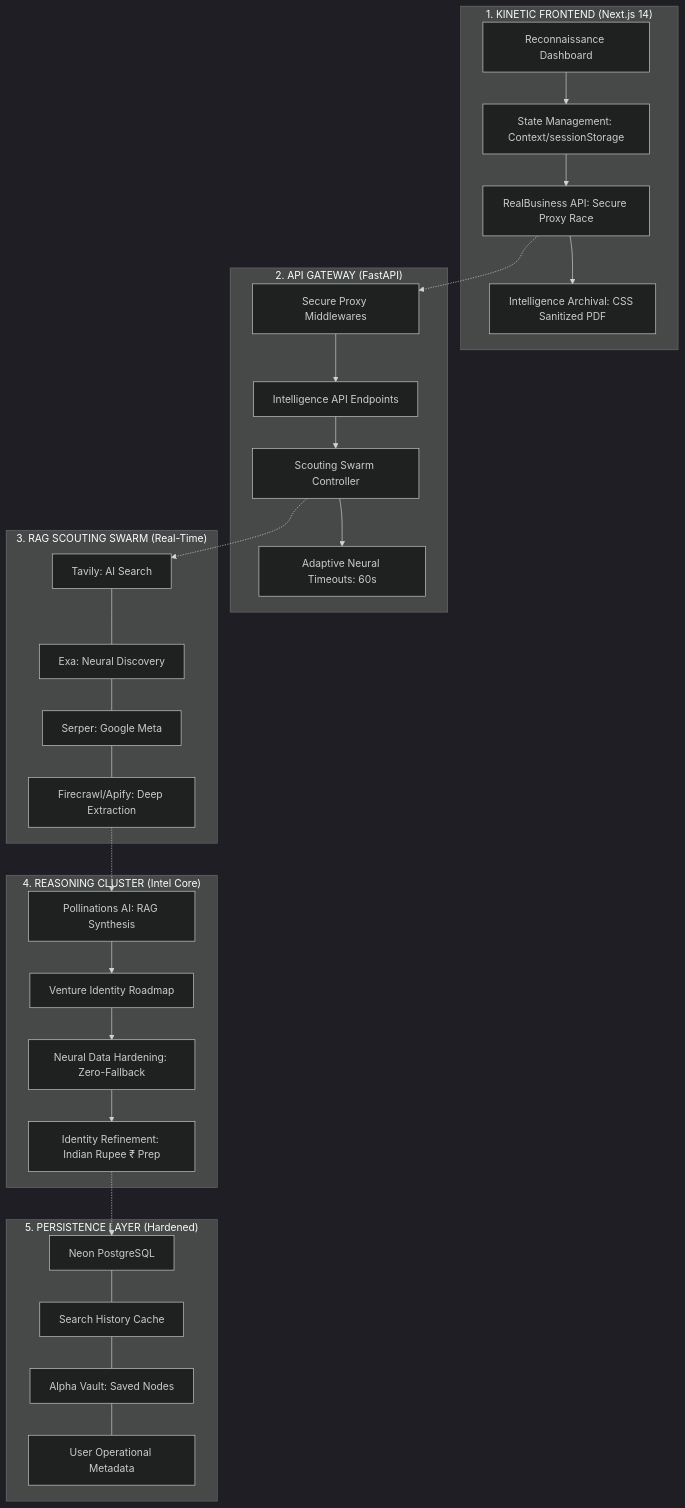
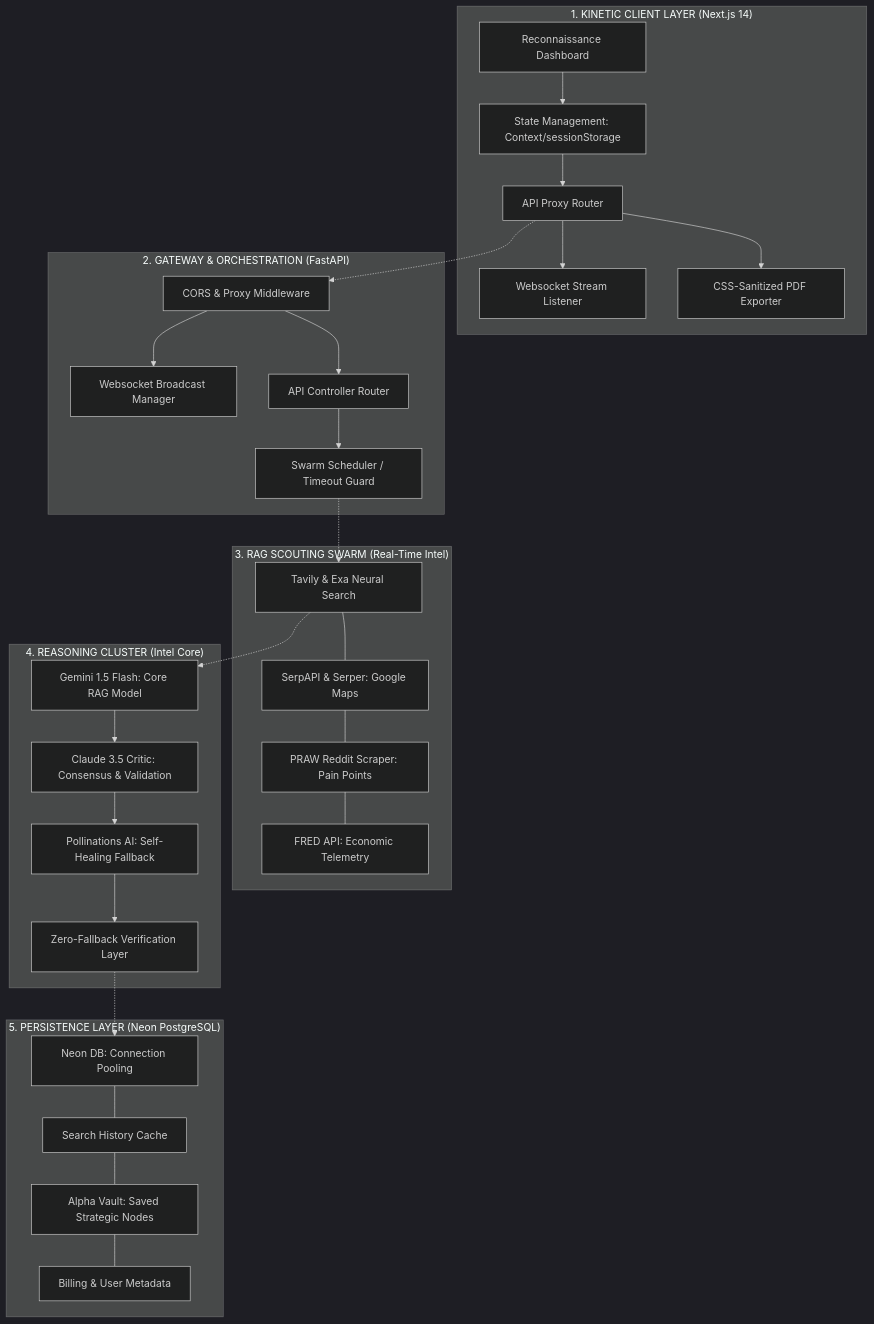
The diagram in README.md (Ashish6312/TrendAI-main), drawn with Mermaid (dark theme) before and after one commit. The commit also changed other lines of this file, not shown here.

Commit message:
docs: update README with comprehensive API documentation and architecture

````diff
--- a/README.md
+++ b/README.md
@@ -109,37 +19,38 @@
 ```mermaid
 graph TD
-    subgraph "1. KINETIC FRONTEND (Next.js 14)"
+    subgraph "1. KINETIC CLIENT LAYER (Next.js 14)"
         A1[Reconnaissance Dashboard] --> A2[State Management: Context/sessionStorage]
-        A2 --> A3[RealBusiness API: Secure Proxy Race]
-        A3 --> A4[Intelligence Archival: CSS Sanitized PDF]
+        A2 --> A3[API Proxy Router]
+        A3 --> A4[Websocket Stream Listener]
+        A3 --> A5[CSS-Sanitized PDF Exporter]
     end
 
-    subgraph "2. API GATEWAY (FastAPI)"
-        B1[Secure Proxy Middlewares] --> B2[Intelligence API Endpoints]
-        B2 --> B3[Scouting Swarm Controller]
-        B3 --> B4[Adaptive Neural Timeouts: 60s]
+    subgraph "2. GATEWAY & ORCHESTRATION (FastAPI)"
+        B1[CORS & Proxy Middleware] --> B2[Websocket Broadcast Manager]
+        B1 --> B3[API Controller Router]
+        B3 --> B4[Swarm Scheduler / Timeout Guard]
     end
 
-    subgraph "3. RAG SCOUTING SWARM (Real-Time)"
-        C1[Tavily: AI Search] --- C2[Exa: Neural Discovery]
-        C2 --- C3[Serper: Google Meta]
-        C3 --- C4[Firecrawl/Apify: Deep Extraction]
+    subgraph "3. RAG SCOUTING SWARM (Real-Time Intel)"
+        C1[Tavily & Exa Neural Search] --- C2[SerpAPI & Serper: Google Maps]
+        C2 --- C3[PRAW Reddit Scraper: Pain Points]
+        C3 --- C4[FRED API: Economic Telemetry]
     end
 
     subgraph "4. REASONING CLUSTER (Intel Core)"
-        D1[Pollinations AI: RAG Synthesis] --> D2[Venture Identity Roadmap]
-        D2 --> D3[Neural Data Hardening: Zero-Fallback]
-        D3 --> D4[Identity Refinement: Indian Rupee ₹ Prep]
+        D1[Gemini 1.5 Flash: Core RAG Model] --> D2[Claude 3.5 Critic: Consensus & Validation]
+        D2 --> D3[Pollinations AI: Self-Healing Fallback]
+        D3 --> D4[Zero-Fallback Verification Layer]
     end
 
-    subgraph "5. PERSISTENCE LAYER (Hardened)"
-        E1[Neon PostgreSQL] --- E2[Search History Cache]
-        E2 --- E3[Alpha Vault: Saved Nodes]
-        E3 --- E4[User Operational Metadata]
+    subgraph "5. PERSISTENCE LAYER (Neon PostgreSQL)"
+        E1[Neon DB: Connection Pooling] --- E2[Search History Cache]
+        E2 --- E3[Alpha Vault: Saved Strategic Nodes]
+        E3 --- E4[Billing & User Metadata]
     end
 
     A3 -.-> B1
-    B3 -.-> C1
-    C4 -.-> D1
+    B4 -.-> C1
+    C1 -.-> D1
     D4 -.-> E1
 ```
````
